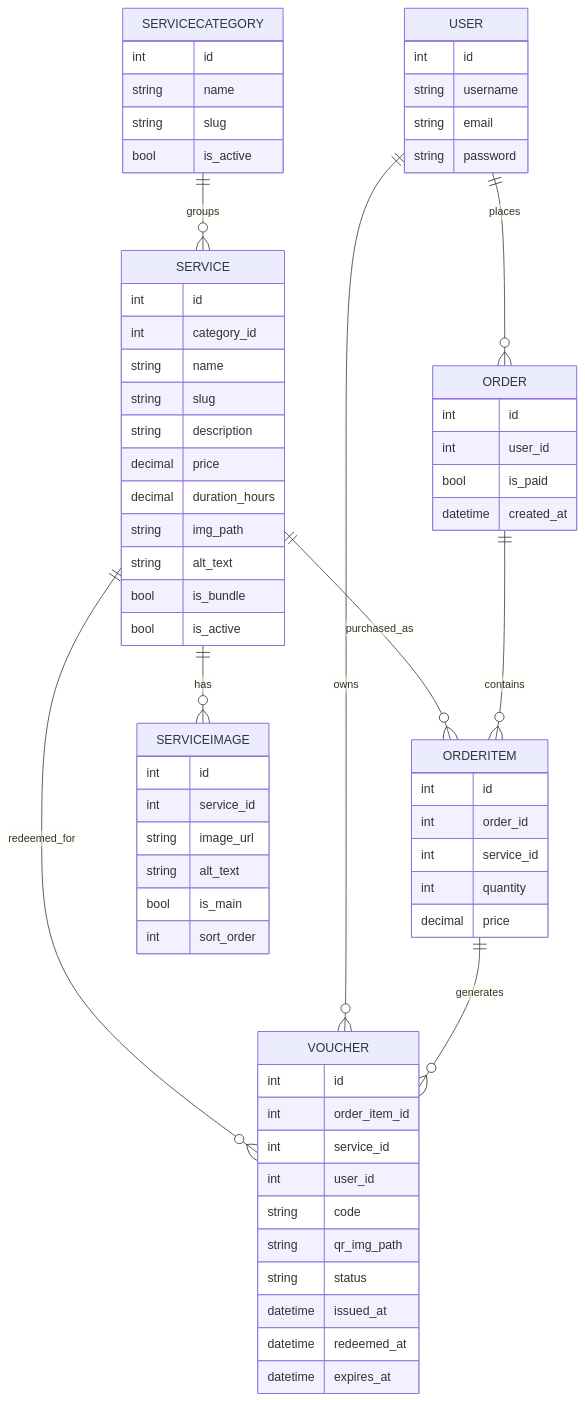
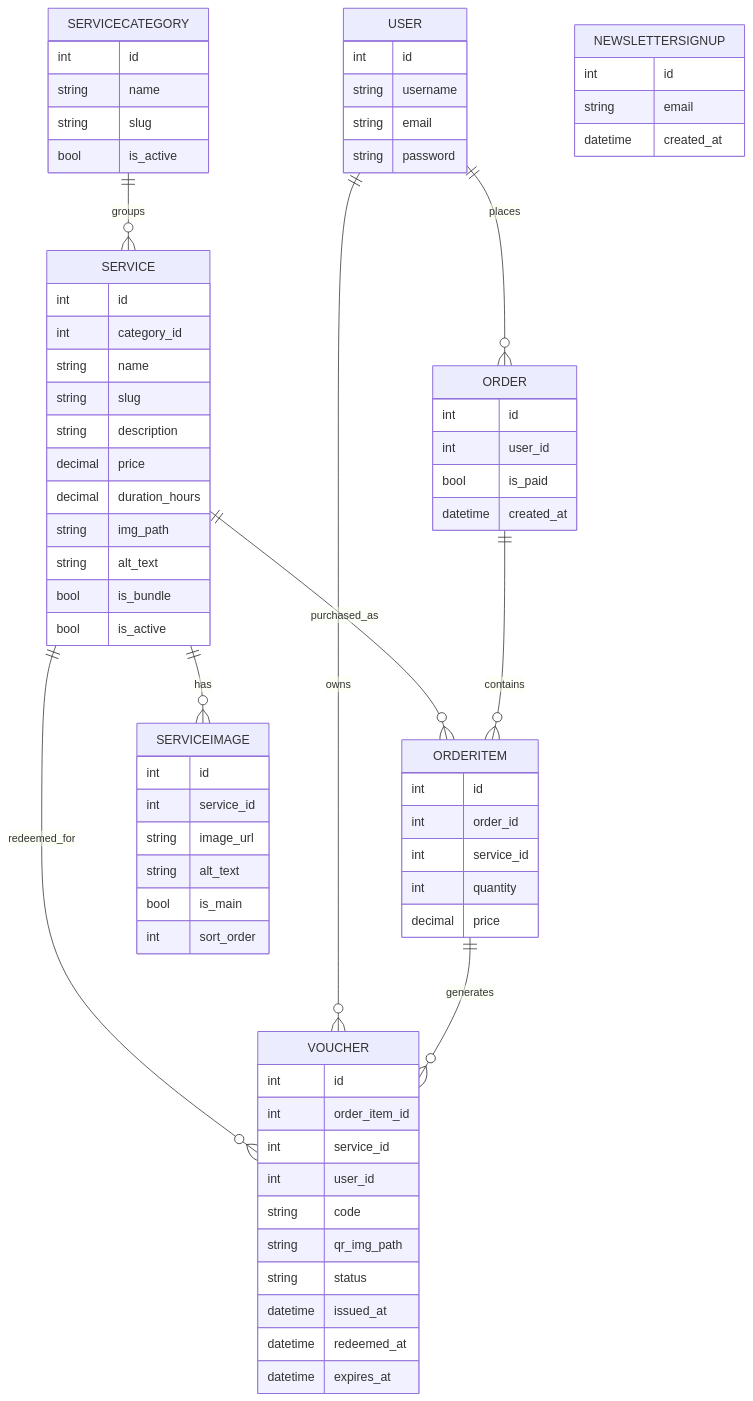
One commit to KellyT4425/The_WagClub changed the diagram in README.md. Above: the diagram before and after it, drawn with Mermaid. The commit also changed other lines of this file and 13 other files, not shown here.

```diff
--- a/README.md
+++ b/README.md
@@ -163,6 +167,12 @@
         int sort_order
     }
 
+    NEWSLETTERSIGNUP {
+        int id
+        string email
+        datetime created_at
+    }
+
     ORDER {
         int id
         int user_id
```
